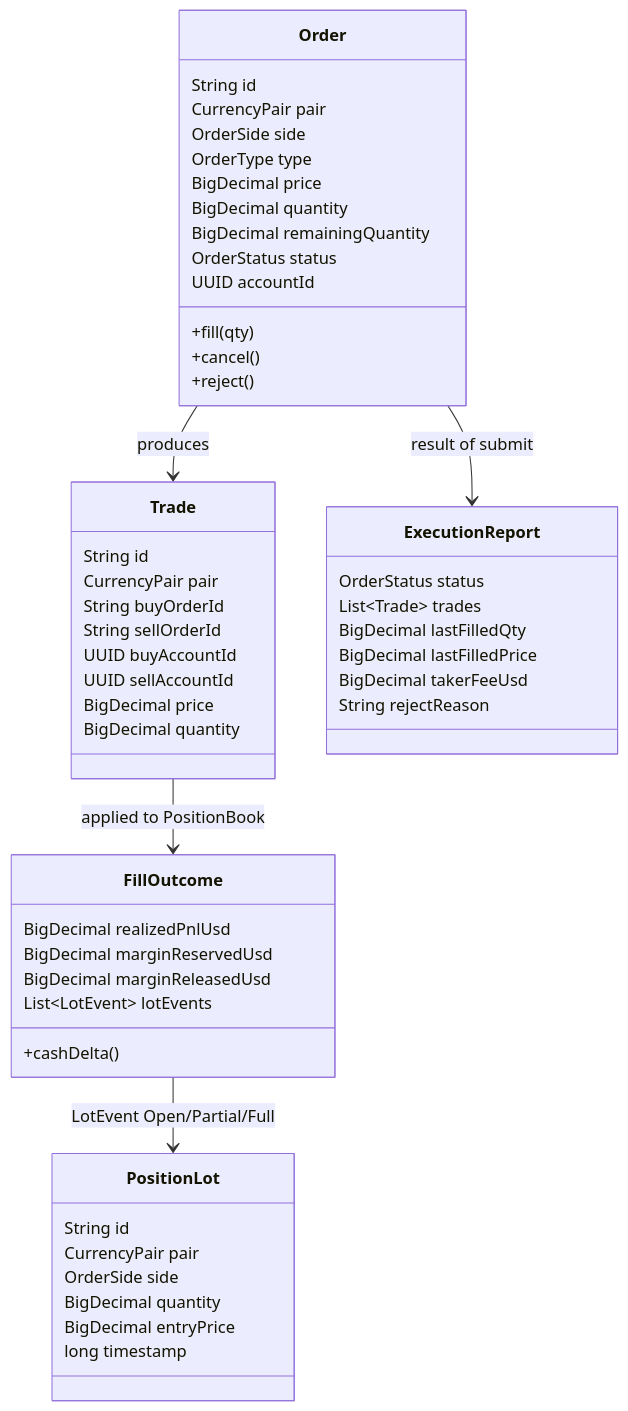
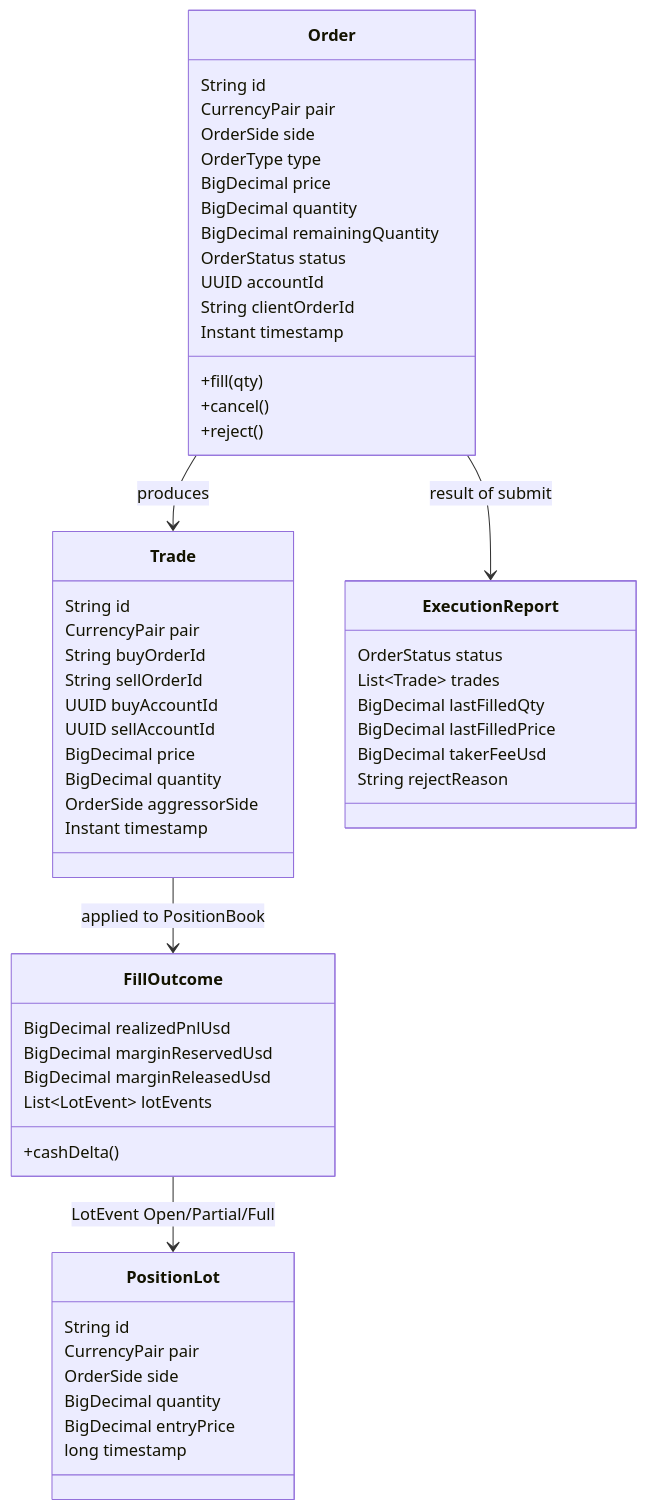
The first of 2 diagrams in 07-data-model.md (mc139/fx-oee-docs), drawn with Mermaid before and after one commit. The commit also changed other lines of this file and 25 other files, not shown here.

````diff
--- a/07-data-model.md
+++ b/07-data-model.md
@@ -11,54 +22,58 @@
 ```mermaid
 classDiagram
     class Order {
         String id
         CurrencyPair pair
         OrderSide side
         OrderType type
         BigDecimal price
         BigDecimal quantity
         BigDecimal remainingQuantity
         OrderStatus status
         UUID accountId
+        String clientOrderId
+        Instant timestamp
         +fill(qty)
         +cancel()
         +reject()
     }
     class Trade {
         String id
         CurrencyPair pair
         String buyOrderId
         String sellOrderId
         UUID buyAccountId
         UUID sellAccountId
         BigDecimal price
         BigDecimal quantity
+        OrderSide aggressorSide
+        Instant timestamp
     }
     class PositionLot {
         String id
         CurrencyPair pair
         OrderSide side
         BigDecimal quantity
         BigDecimal entryPrice
         long timestamp
     }
     class FillOutcome {
         BigDecimal realizedPnlUsd
         BigDecimal marginReservedUsd
         BigDecimal marginReleasedUsd
         List~LotEvent~ lotEvents
         +cashDelta()
     }
     class ExecutionReport {
         OrderStatus status
         List~Trade~ trades
         BigDecimal lastFilledQty
         BigDecimal lastFilledPrice
         BigDecimal takerFeeUsd
         String rejectReason
     }
     Order --> Trade : produces
     Trade --> FillOutcome : applied to PositionBook
     FillOutcome --> PositionLot : LotEvent Open/Partial/Full
     Order --> ExecutionReport : result of submit
 ```
````
